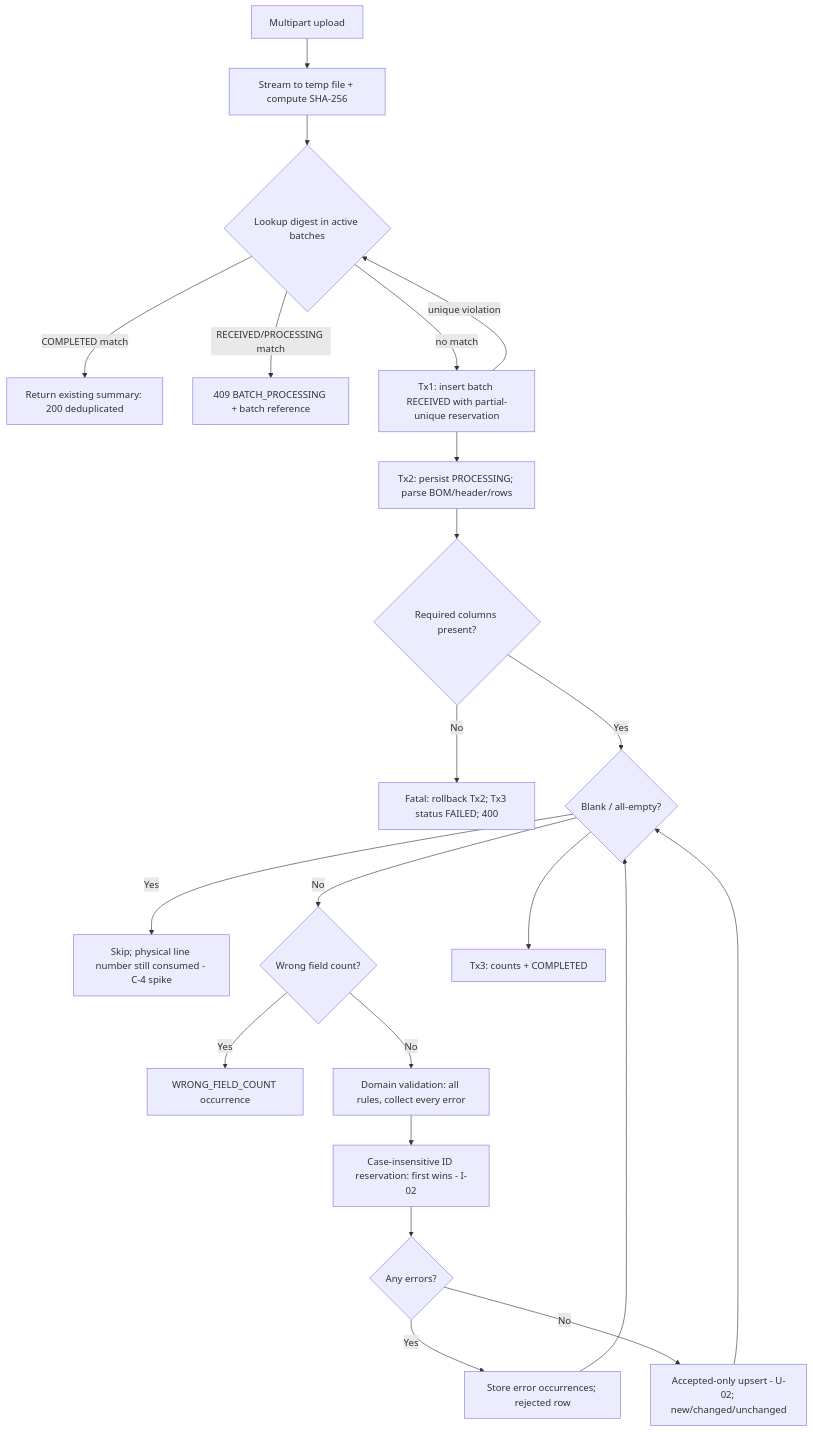
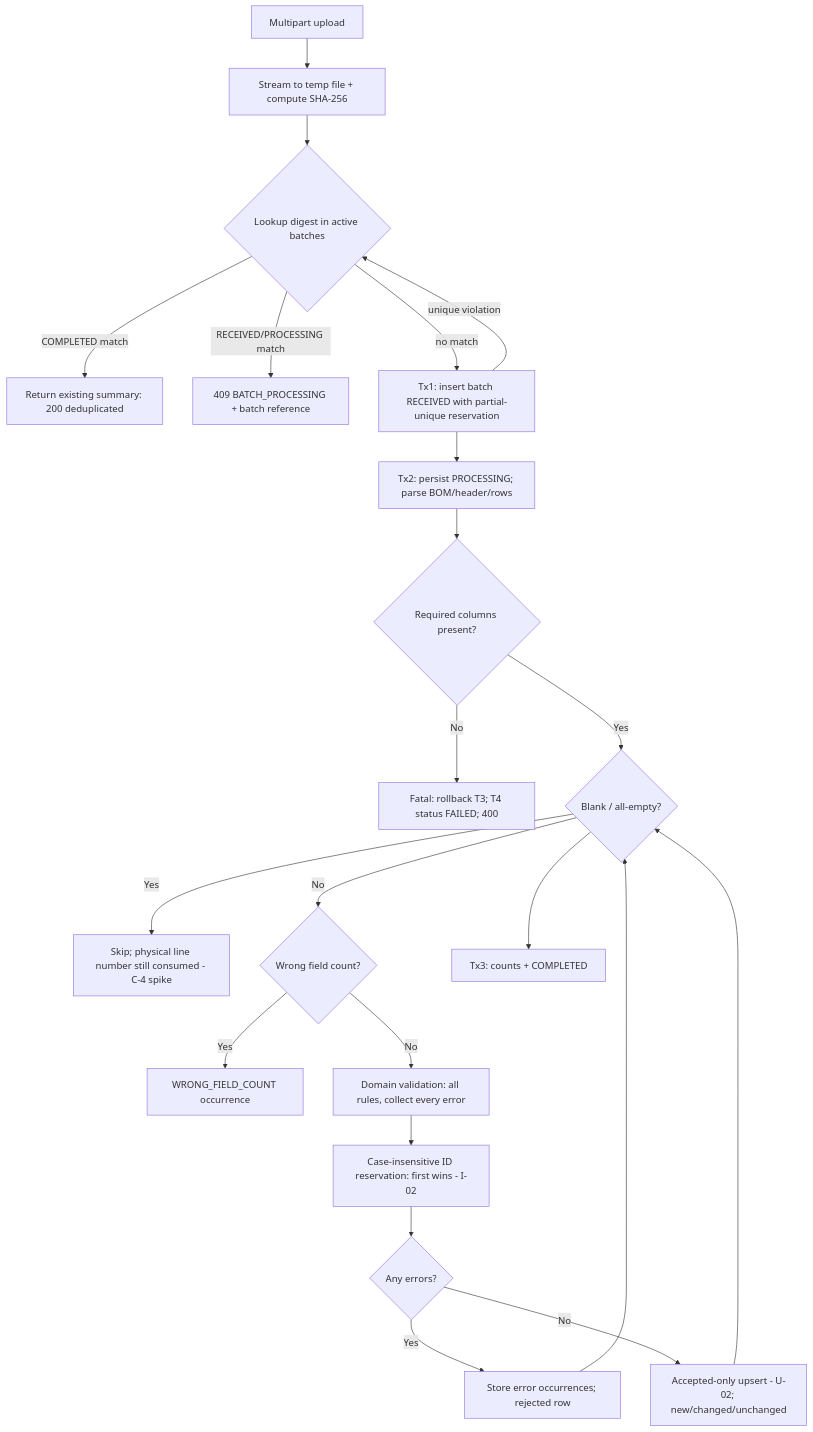
The second of 4 diagrams in docs/ARCHITECTURE.md (soubhagya-behera/cleargrade), drawn with Mermaid before and after one commit. The commit also changed other lines of this file and 30 other files, not shown here.

````diff
--- a/docs/ARCHITECTURE.md
+++ b/docs/ARCHITECTURE.md
@@ -42,24 +42,24 @@
 ```mermaid
 flowchart TD
     A[Multipart upload] --> B[Stream to temp file + compute SHA-256]
     B --> C{Lookup digest in active batches}
     C -- COMPLETED match --> Z1[Return existing summary: 200 deduplicated]
     C -- RECEIVED/PROCESSING match --> Z2[409 BATCH_PROCESSING + batch reference]
     C -- no match --> D[Tx1: insert batch RECEIVED with partial-unique reservation]
     D -- unique violation --> C
     D --> E[Tx2: persist PROCESSING; parse BOM/header/rows]
     E --> F{Required columns present?}
-    F -- No --> G[Fatal: rollback Tx2; Tx3 status FAILED; 400]
+    F -- No --> G[Fatal: rollback T3; T4 status FAILED; 400]
     F -- Yes --> H{Blank / all-empty?}
     H -- Yes --> I[Skip; physical line number still consumed - C-4 spike]
     H -- No --> J{Wrong field count?}
     J -- Yes --> K[WRONG_FIELD_COUNT occurrence]
     J -- No --> L[Domain validation: all rules, collect every error]
     L --> M[Case-insensitive ID reservation: first wins - I-02]
     M --> N{Any errors?}
     N -- Yes --> O[Store error occurrences; rejected row]
     N -- No --> P[Accepted-only upsert - U-02; new/changed/unchanged]
     O --> H
     P --> H
     H --> Q[Tx3: counts + COMPLETED]
 ```
````
